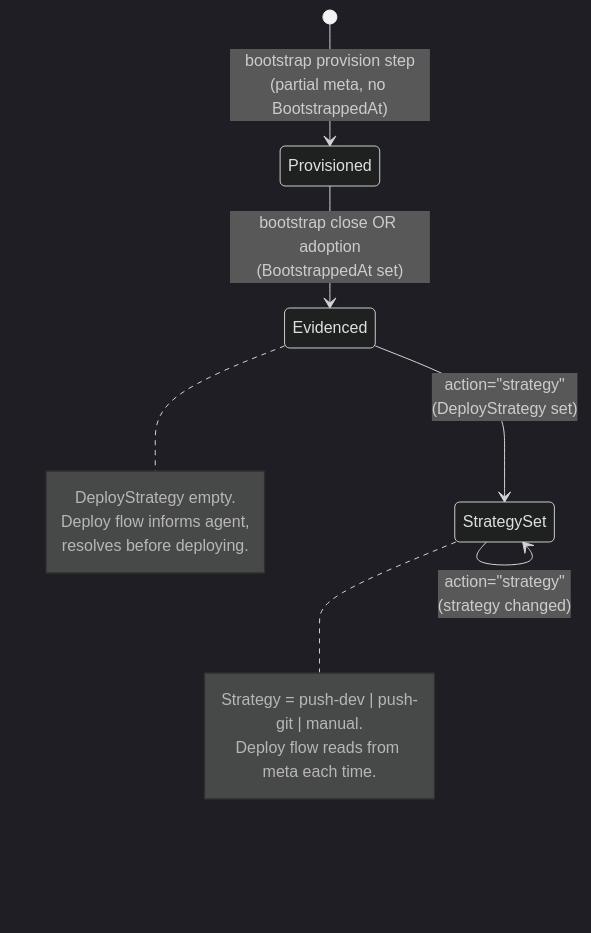
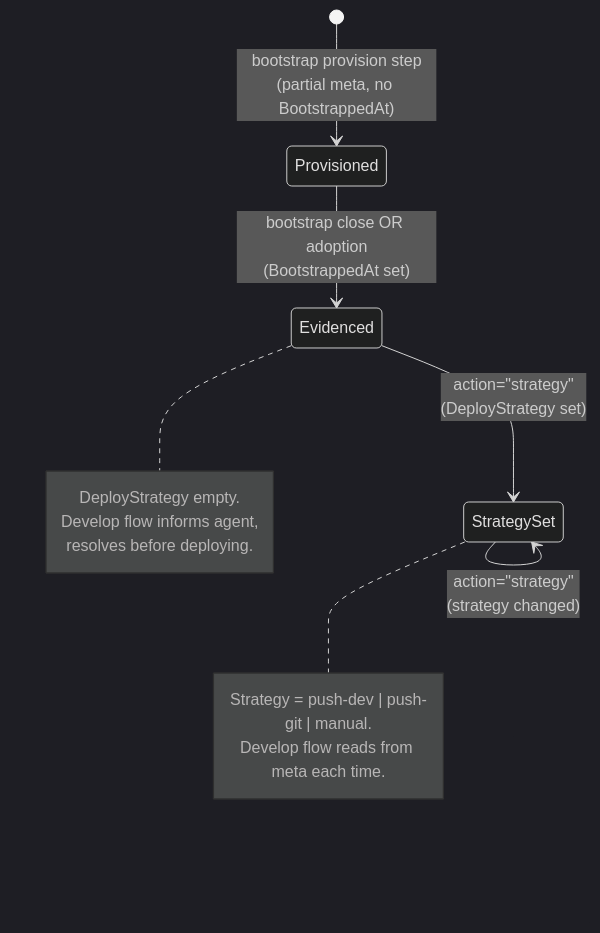
The second of 5 diagrams in docs/spec-workflows.md (zeropsio/zcp), drawn with Mermaid (dark theme) before and after one commit. The commit also changed other lines of this file and 35 other files, not shown here.

First line of the commit message:
refactor: rename deploy workflow to develop workflow

````diff
--- a/docs/spec-workflows.md
+++ b/docs/spec-workflows.md
@@ -55,18 +55,18 @@
 ```mermaid
 stateDiagram-v2
     [*] --> Provisioned: bootstrap provision step<br/>(partial meta, no BootstrappedAt)
     Provisioned --> Evidenced: bootstrap close OR adoption<br/>(BootstrappedAt set)
     Evidenced --> StrategySet: action="strategy"<br/>(DeployStrategy set)
     StrategySet --> StrategySet: action="strategy"<br/>(strategy changed)
 
     note right of Evidenced
         DeployStrategy empty.
-        Deploy flow informs agent,
+        Develop flow informs agent,
         resolves before deploying.
     end note
 
     note right of StrategySet
         Strategy = push-dev | push-git | manual.
-        Deploy flow reads from meta each time.
+        Develop flow reads from meta each time.
     end note
 ```
````
